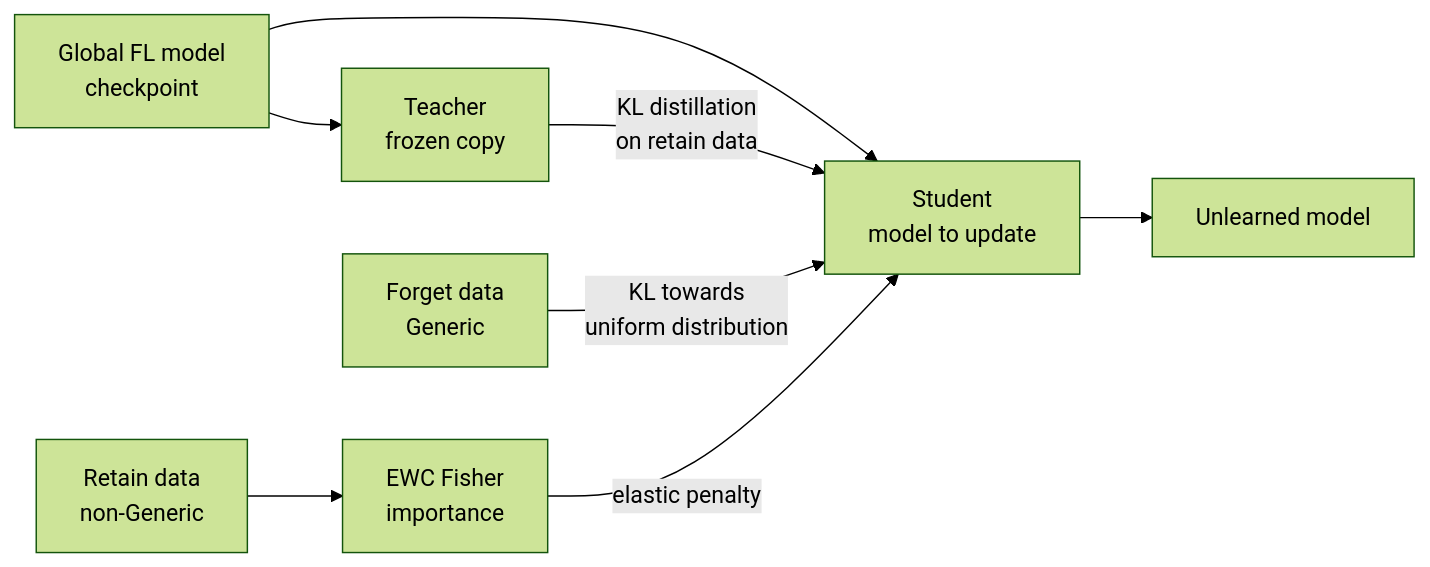
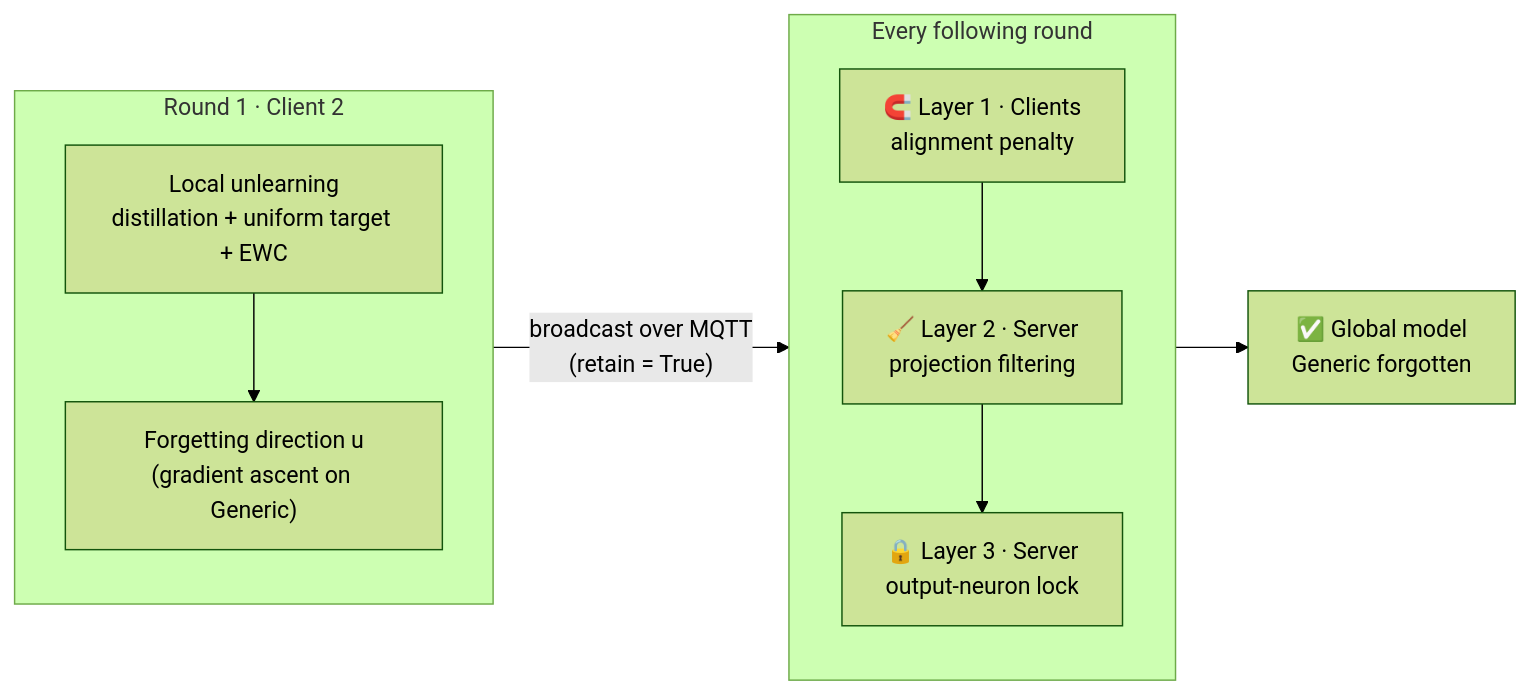
Before and after one commit to mosuloiodui/FU: the second of 2 diagrams in README.md, drawn with Mermaid (forest theme). The commit also changed other lines of this file, not shown here.

````diff
--- a/README.md
+++ b/README.md
@@ -59,10 +92,13 @@
 ```mermaid
 flowchart LR
-    A[Global FL model<br/>checkpoint] --> T[Teacher<br/>frozen copy]
-    A --> S[Student<br/>model to update]
-    R[Retain data<br/>non-Generic] --> F[EWC Fisher<br/>importance]
-    T -- KL distillation<br/>on retain data --> S
-    U[Forget data<br/>Generic] -- KL towards<br/>uniform distribution --> S
-    F -- elastic penalty --> S
-    S --> M[Unlearned model]
+    subgraph R1["Round 1 · Client 2"]
+        direction TB
+        A["Local unlearning<br/>distillation + uniform target + EWC"] --> D["Forgetting direction u<br/>(gradient ascent on Generic)"]
+    end
+    D -- "broadcast over MQTT<br/>(retain = True)" --> L1
+    subgraph RN["Every following round"]
+        direction TB
+        L1["🧲 Layer 1 · Clients<br/>alignment penalty"] --> L2["🧹 Layer 2 · Server<br/>projection filtering"] --> L3["🔒 Layer 3 · Server<br/>output-neuron lock"]
+    end
+    L3 --> G["✅ Global model<br/>Generic forgotten"]
 ```
````
